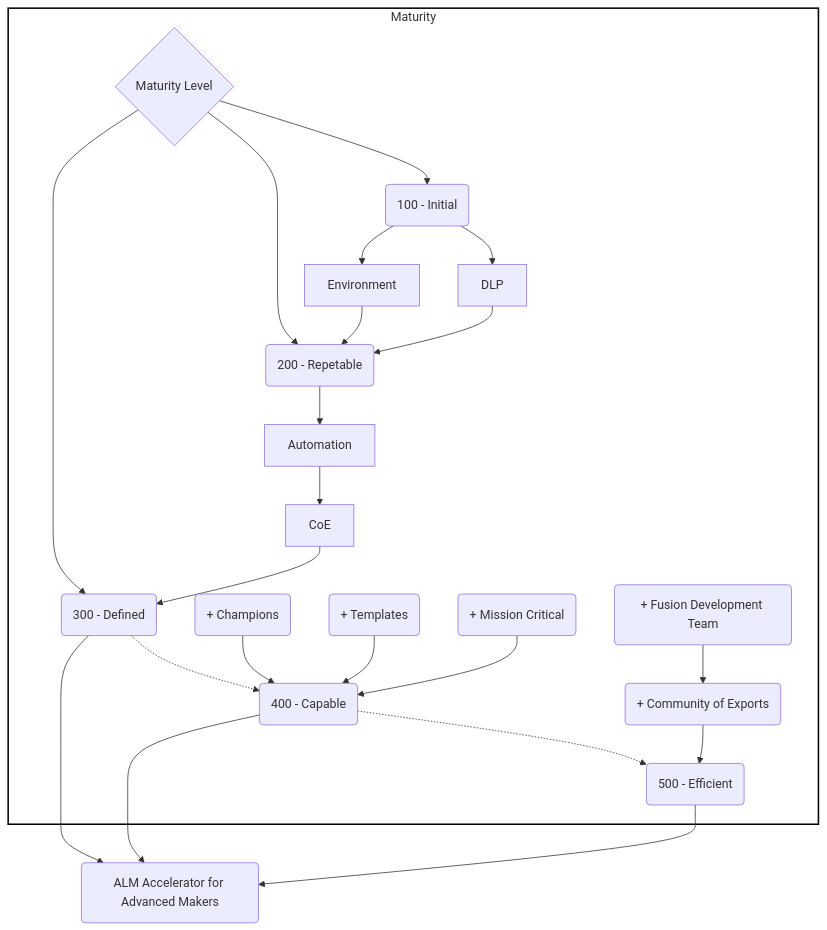
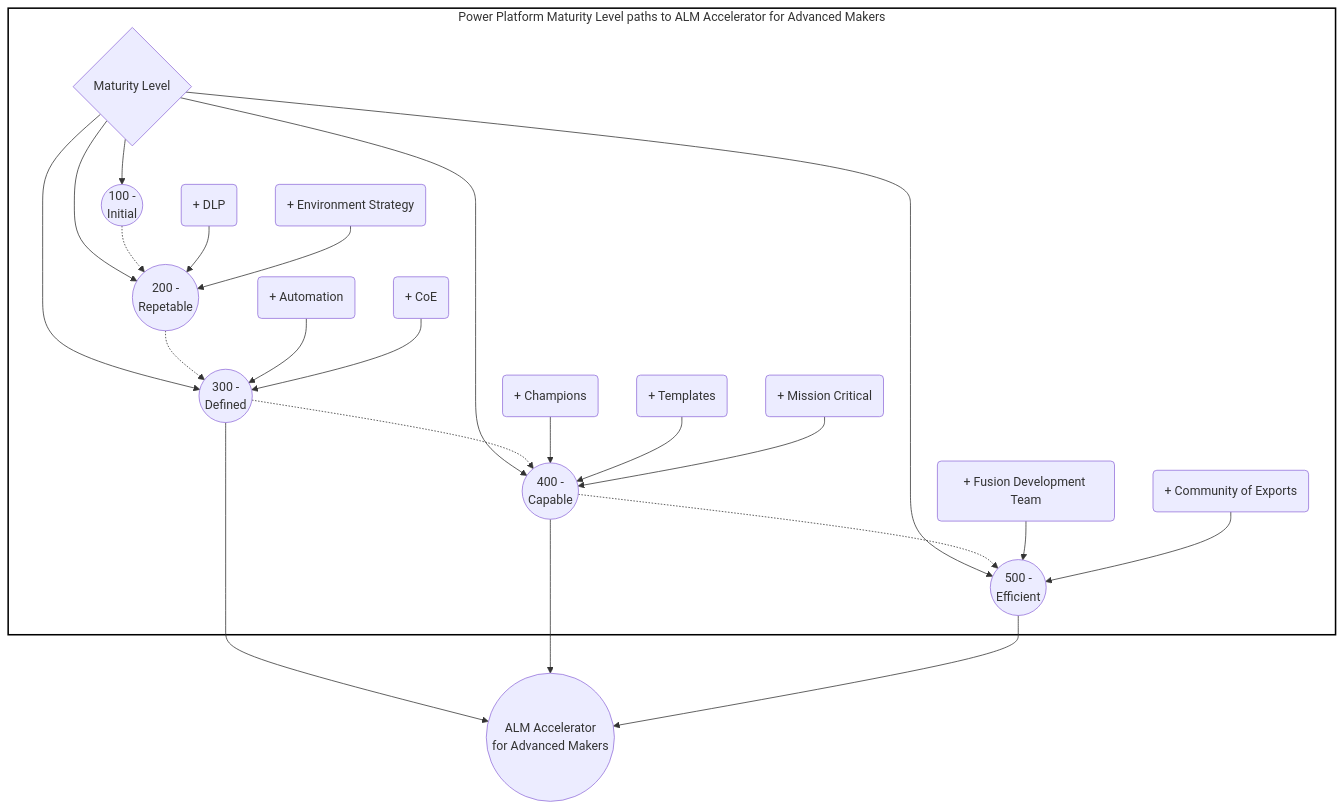
Before and after one commit to microsoft/coe-starter-kit: the diagram in coe-cli/docs/aa4am/maturity/maturity.mmd, drawn with Mermaid. The commit also changed 11 other files, not shown here.

Commit message:
Update diagrams

```diff
--- a/coe-cli/docs/aa4am/maturity/maturity.mmd
+++ b/coe-cli/docs/aa4am/maturity/maturity.mmd
@@ -1,37 +1,36 @@
 graph
 
-    subgraph maturity[Maturity]
+    subgraph maturity[Power Platform Maturity Level paths to ALM Accelerator for Advanced Makers]
         M{Maturity Level}
-        M --> 100(100 - Initial)
-        M --> 200(200 - Repetable)
-        M --> 300(300 - Defined)
-        
-        100 --> DLP
-        100 --> Environment
+        M --> 100((100 - <br/>Initial))
+        M ---> 200((200 - <br/>Repetable))
+        M ---> 300((300 - <br/>Defined))
+        M ---> 400((400 - <br/>Capable))
+        M ---> 500((500 - <br/>Efficient))
 
-        DLP --> 200
-        Environment --> 200
+        100 -.-> 200
+        200 -.-> 300
+        300 -.-> 400
+        400 -.-> 500
 
-        200 --> Automation
-        Automation --> CoE
-        CoE --> 300
+        DLP(+ DLP) --> 200
+        Environment(+ Environment Strategy) --> 200 
 
-        300 -.-> 400(400 - Capable)
+        Automation(+ Automation) --> 300 
+        CoE(+ CoE) --> 300
 
         Champions(+ Champions) --> 400 
         Templates(+ Templates) --> 400 
         MissionCritical(+ Mission Critical) --> 400
 
-        Team(+ Fusion Development Team) --> Experts(+ Community of Exports)
-        Experts(+ Community of Exports) --> 500(500 - Efficient) 
-
-        400 -.-> 500
+        Team(+ Fusion Development Team) --> 500
+        Experts(+ Community of Exports) --> 500
     end
 
     style maturity fill:transparent,stroke:black,stroke-width:2px
 
-    AA4AM(ALM Accelerator for Advanced Makers)
+    AA4AM((ALM Accelerator <br/>for Advanced Makers))
 
     300 --> AA4AM
     400 --> AA4AM
     500 --> AA4AM
```
